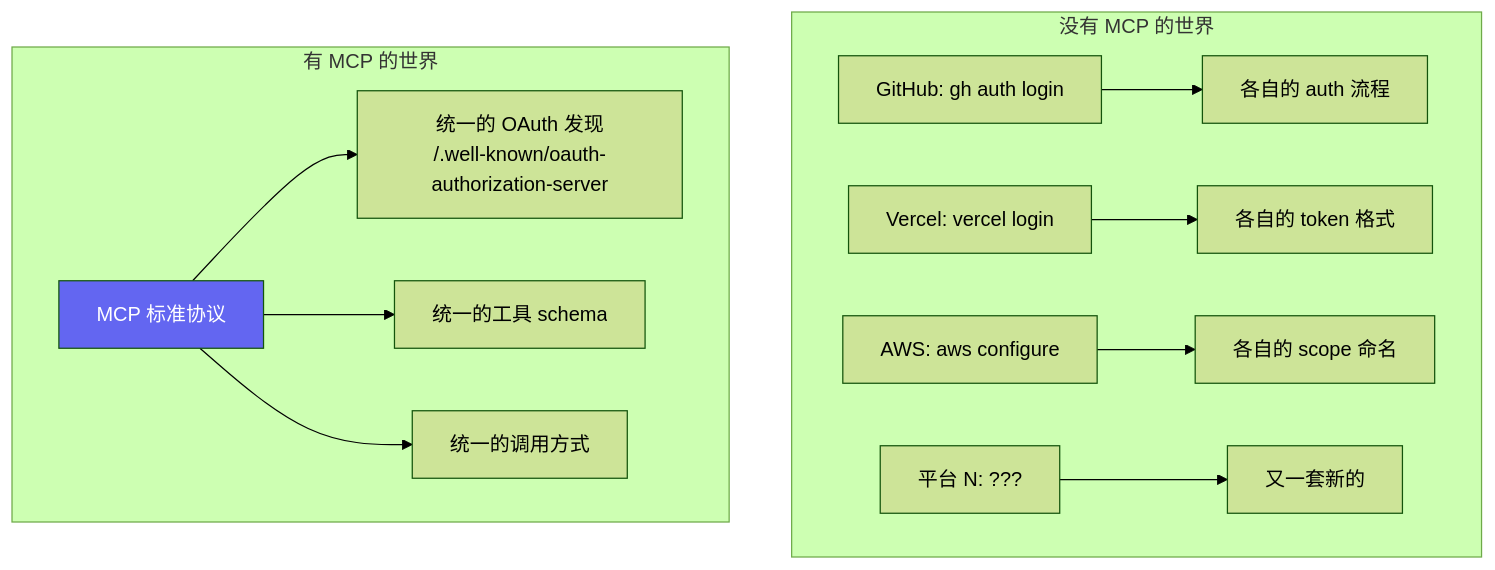
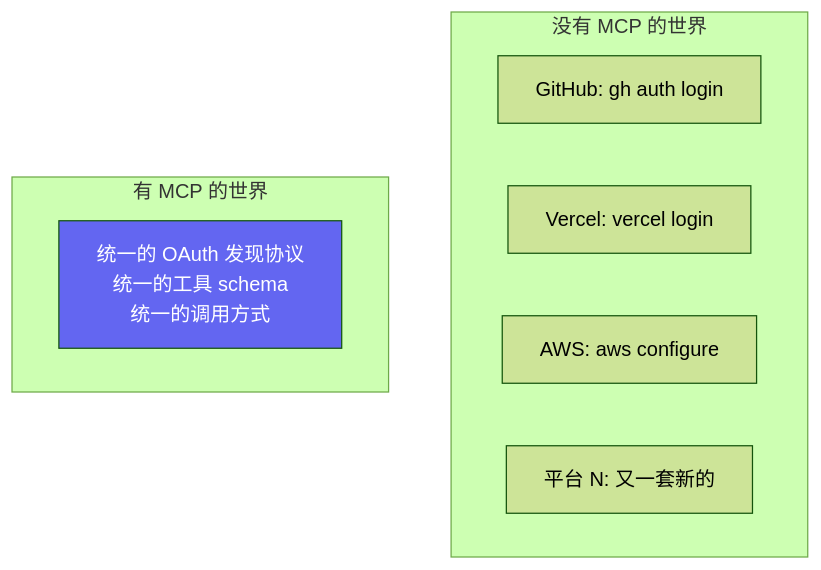
Before and after one commit to Trashwbin/quill: the second of 3 diagrams in content/posts/cli-vs-mcp-vs-skills.md, drawn with Mermaid (forest theme). The commit also changed other lines of this file and 2 other files, not shown here.

Commit message:
style: footer with Abin's Quill + GitHub link; mermaid auto-detect

````diff
--- a/content/posts/cli-vs-mcp-vs-skills.md
+++ b/content/posts/cli-vs-mcp-vs-skills.md
@@ -141,23 +164,15 @@
 ```mermaid
 graph TB
     subgraph "没有 MCP 的世界"
         P1["GitHub: gh auth login"]
         P2["Vercel: vercel login"]
         P3["AWS: aws configure"]
-        P4["平台 N: ???"]
-        
-        P1 --> Different1["各自的 auth 流程"]
-        P2 --> Different2["各自的 token 格式"]
-        P3 --> Different3["各自的 scope 命名"]
-        P4 --> Different4["又一套新的"]
+        P4["平台 N: 又一套新的"]
     end
     
     subgraph "有 MCP 的世界"
-        MCP_std["MCP 标准协议"]
-        MCP_std --> Unified1["统一的 OAuth 发现<br/>/.well-known/oauth-authorization-server"]
-        MCP_std --> Unified2["统一的工具 schema"]
-        MCP_std --> Unified3["统一的调用方式"]
+        MCP_std["统一的 OAuth 发现协议<br/>统一的工具 schema<br/>统一的调用方式"]
     end
     
     style MCP_std fill:#6366f1,color:#fff
 ```
````
